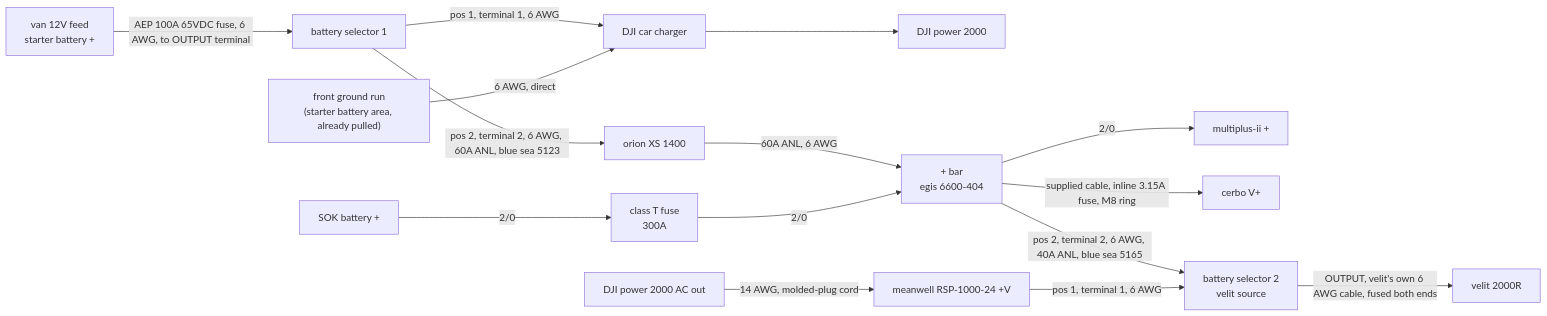
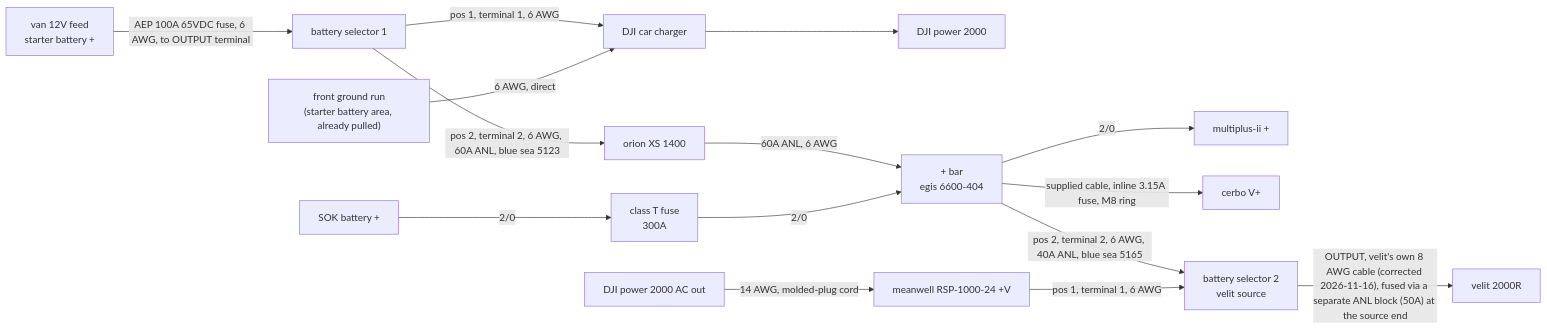
The third of 6 diagrams in electrical/PLAN.md (timit/vandalia), drawn with Mermaid before and after one commit. The commit also changed other lines of this file and 1 other file, not shown here.

````diff
--- a/electrical/PLAN.md
+++ b/electrical/PLAN.md
@@ -112,17 +112,17 @@
 ```mermaid
 flowchart LR
   vf["van 12V feed<br/>starter battery +"] -->|"AEP 100A 65VDC fuse, 6 AWG, to OUTPUT terminal"| s1["battery selector 1"]
   s1 -->|"pos 1, terminal 1, 6 AWG"| djic["DJI car charger"]
   s1 -->|"pos 2, terminal 2, 6 AWG, 60A ANL, blue sea 5123"| xs["orion XS 1400"]
   fgnd["front ground run<br/>(starter battery area, already pulled)"] -->|"6 AWG, direct"| djic
   djic --> djip["DJI power 2000"]
   xs -->|"60A ANL, 6 AWG"| pbar["+ bar<br/>egis 6600-404"]
   sok["SOK battery +"] -->|"2/0"| ct["class T fuse<br/>300A"]
   ct -->|"2/0"| pbar
   pbar -->|"2/0"| mp["multiplus-ii +"]
   pbar -->|"supplied cable, inline 3.15A fuse, M8 ring"| cerbo["cerbo V+"]
   pbar -->|"pos 2, terminal 2, 6 AWG, 40A ANL, blue sea 5165"| s2["battery selector 2<br/>velit source"]
   mw["meanwell RSP-1000-24 +V"] -->|"pos 1, terminal 1, 6 AWG"| s2
   djiout2["DJI power 2000 AC out"] -->|"14 AWG, molded-plug cord"| mw
-  s2 -->|"OUTPUT, velit's own 6 AWG cable, fused both ends"| velit["velit 2000R"]
+  s2 -->|"OUTPUT, velit's own 8 AWG cable (corrected 2026-11-16), fused via a separate ANL block (50A) at the source end"| velit["velit 2000R"]
 ```
````
